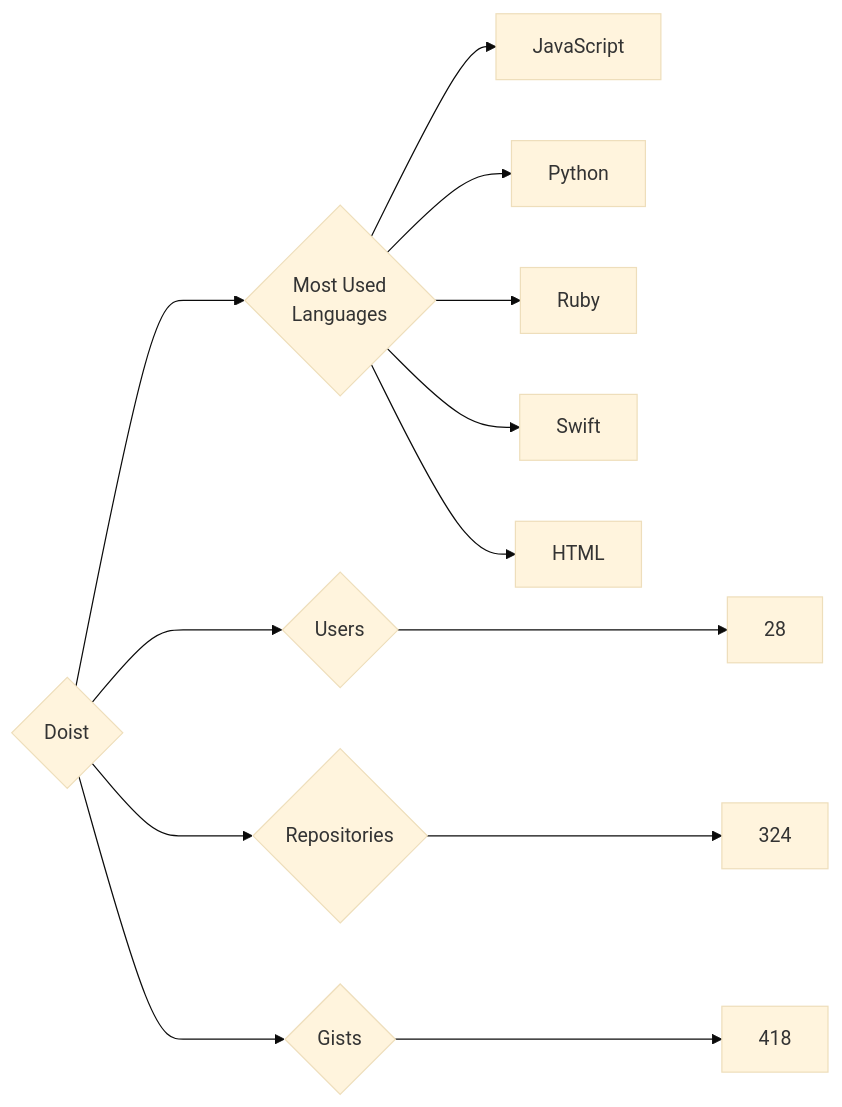
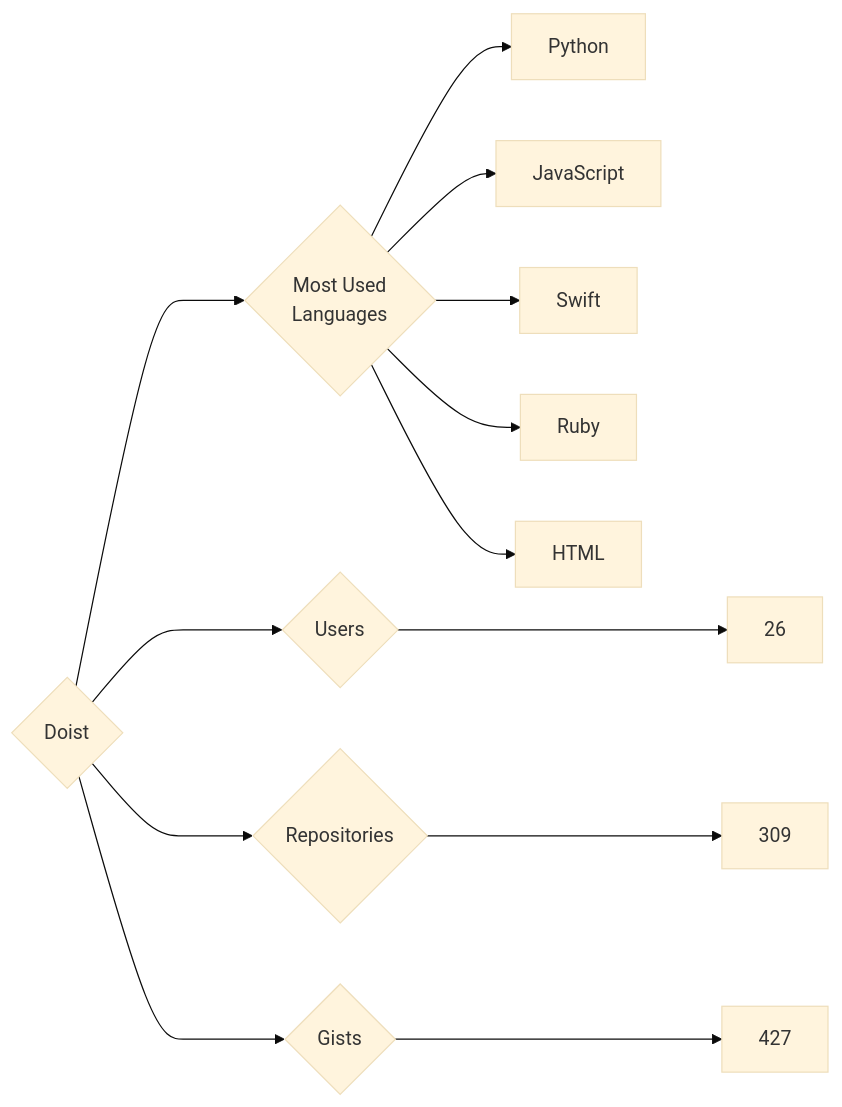
One commit to trickest/insiders changed the diagram in targets/Doist/README.md. Above: the diagram before and after it, drawn with Mermaid (base theme). The commit also changed 845 other files, not shown here.

````diff
--- a/targets/Doist/README.md
+++ b/targets/Doist/README.md
@@ -3,13 +3,13 @@
 ```mermaid
 graph LR
 COMPANY_NAME{Doist}
-COMPANY_NAME ---> U{Users} ---> UN[28]
-COMPANY_NAME ---> R{Repositories} ---> RN[324]
-COMPANY_NAME ---> G{Gists} ---> GN[418]
+COMPANY_NAME ---> U{Users} ---> UN[26]
+COMPANY_NAME ---> R{Repositories} ---> RN[309]
+COMPANY_NAME ---> G{Gists} ---> GN[427]
 COMPANY_NAME ---> ML{Most Used<br>Languages}
+ML --> Python[Python]
 ML --> JavaScript[JavaScript]
-ML --> Python[Python]
+ML --> Swift[Swift]
 ML --> Ruby[Ruby]
-ML --> Swift[Swift]
 ML --> HTML[HTML]
 ```
````
